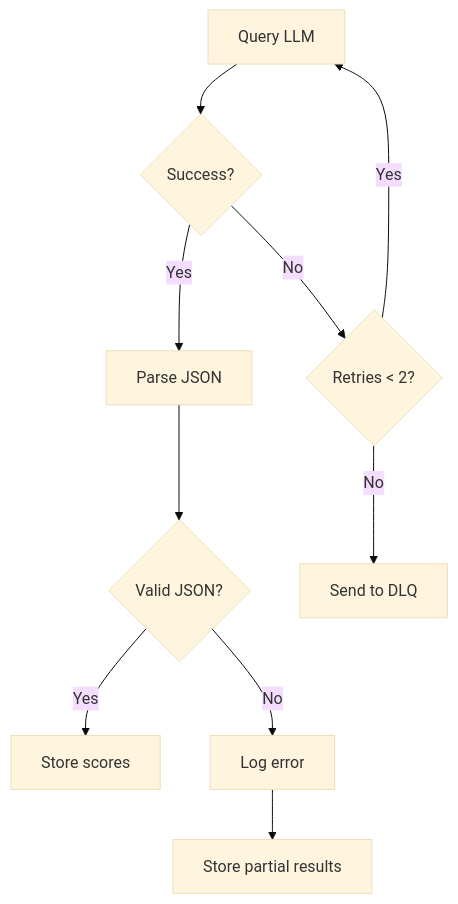
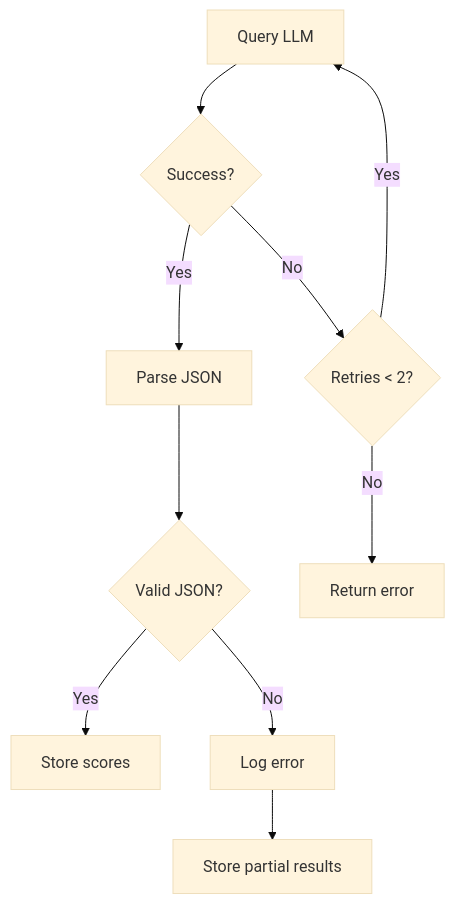
Before and after one commit to DanEscher98/twitter-profile-scorer: the second of 2 diagrams in docs/llm_scoring.md, drawn with Mermaid (base theme). The commit also changed other lines of this file and 7 other files, not shown here.

````diff
--- a/docs/llm_scoring.md
+++ b/docs/llm_scoring.md
@@ -189,13 +187,13 @@
 ```mermaid
 flowchart TD
     QUERY[Query LLM] --> SUCCESS{Success?}
     SUCCESS -->|Yes| PARSE[Parse JSON]
     SUCCESS -->|No| RETRY{Retries < 2?}
     RETRY -->|Yes| QUERY
-    RETRY -->|No| DLQ[Send to DLQ]
+    RETRY -->|No| ERROR[Return error]
 
     PARSE --> VALID{Valid JSON?}
     VALID -->|Yes| STORE[Store scores]
     VALID -->|No| LOG[Log error]
     LOG --> PARTIAL[Store partial results]
 ```
````
